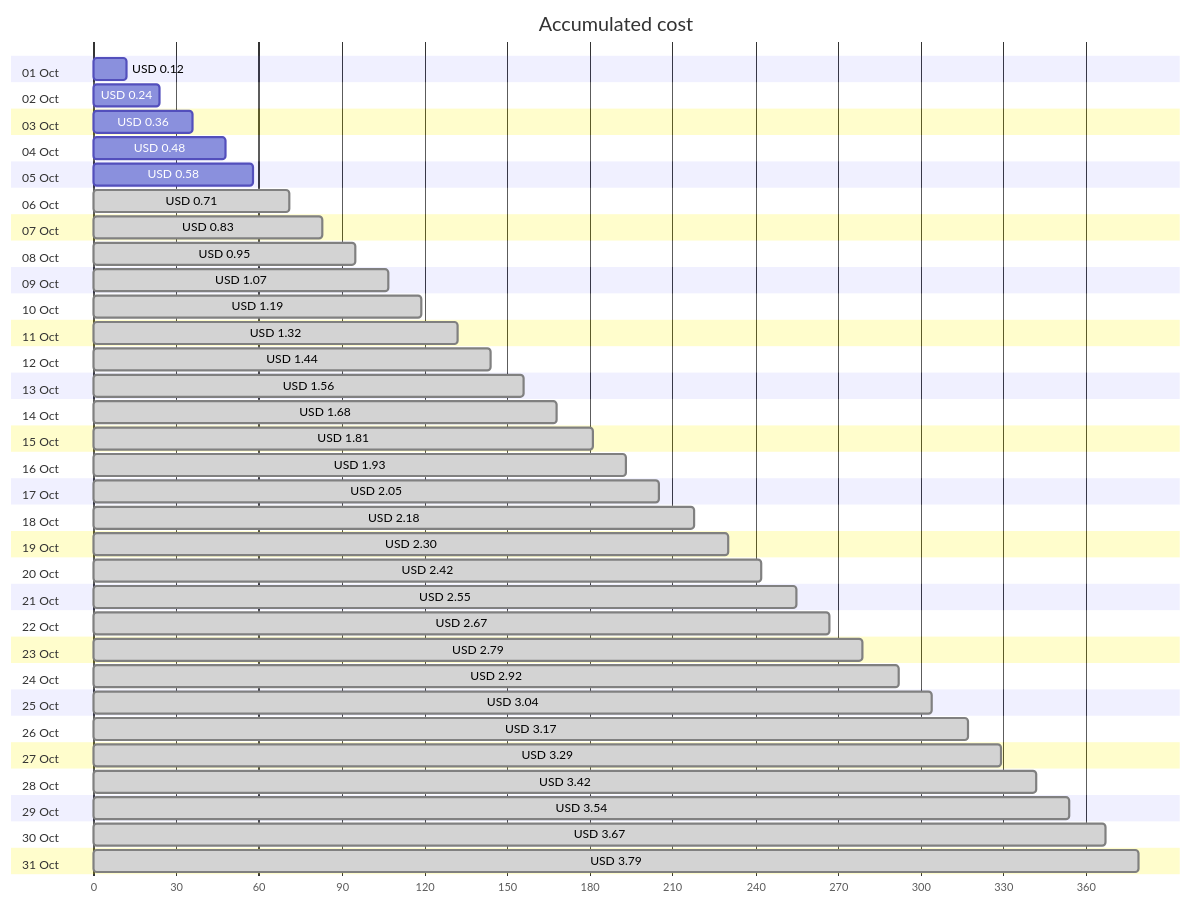
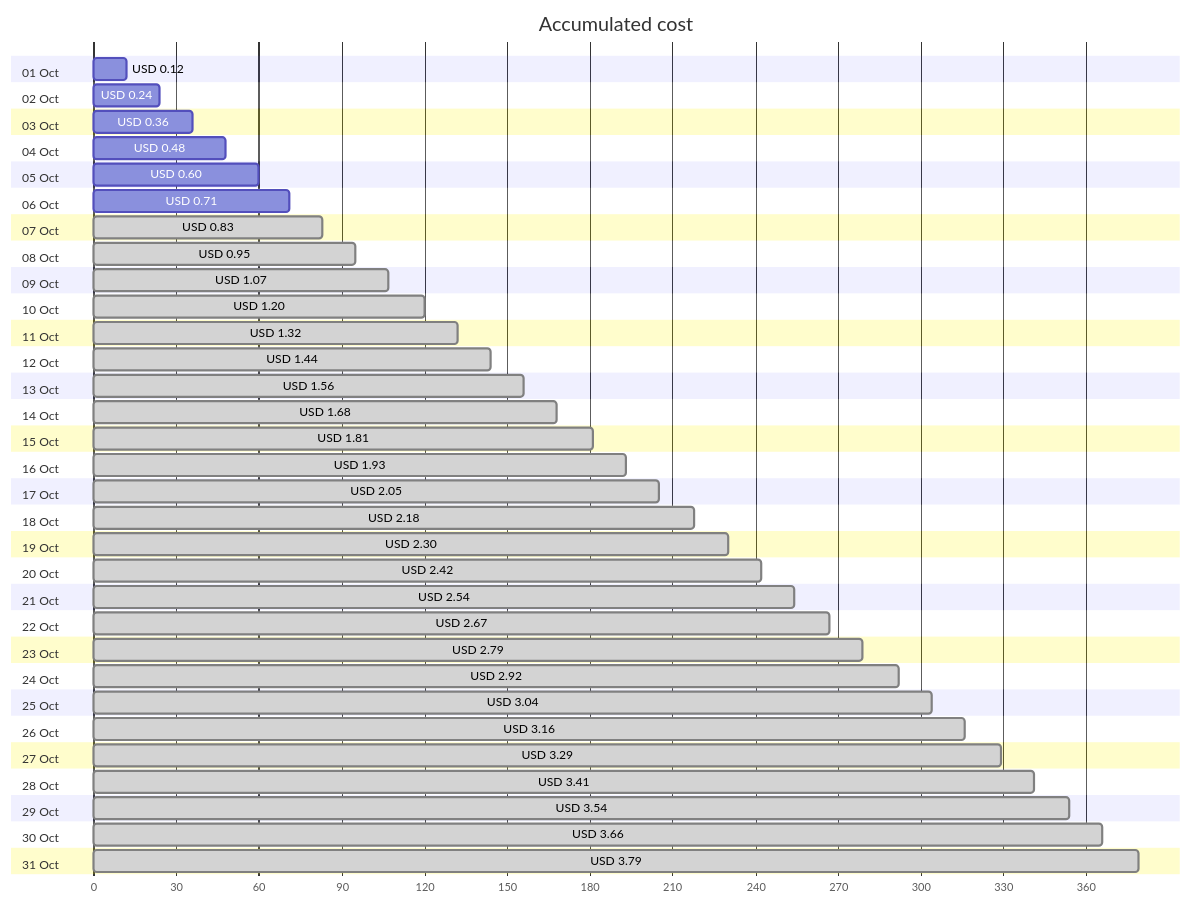
Before and after one commit to jpfulton/azure-personal-reports: the first of 4 diagrams in cost-reports/personal-network/backup-server-public-ip.md, drawn with Mermaid. The commit also changed other lines of this file and 8 other files, not shown here.

````diff
--- a/cost-reports/personal-network/backup-server-public-ip.md
+++ b/cost-reports/personal-network/backup-server-public-ip.md
@@ -20,68 +20,68 @@
 ```mermaid
 gantt
    title Accumulated cost
    dateFormat  X
    axisFormat %s
    section 01 Oct
    USD 0.12 :0, 12
    section 02 Oct
    USD 0.24 :0, 24
    section 03 Oct
    USD 0.36 :0, 36
    section 04 Oct
    USD 0.48 :0, 48
    section 05 Oct
-   USD 0.58 :0, 58
+   USD 0.60 :0, 60
    section 06 Oct
-   USD 0.71 : done, 0, 71
+   USD 0.71 :0, 71
    section 07 Oct
    USD 0.83 : done, 0, 83
    section 08 Oct
    USD 0.95 : done, 0, 95
    section 09 Oct
    USD 1.07 : done, 0, 107
    section 10 Oct
-   USD 1.19 : done, 0, 119
+   USD 1.20 : done, 0, 120
    section 11 Oct
    USD 1.32 : done, 0, 132
    section 12 Oct
    USD 1.44 : done, 0, 144
    section 13 Oct
    USD 1.56 : done, 0, 156
    section 14 Oct
    USD 1.68 : done, 0, 168
    section 15 Oct
    USD 1.81 : done, 0, 181
    section 16 Oct
    USD 1.93 : done, 0, 193
    section 17 Oct
    USD 2.05 : done, 0, 205
    section 18 Oct
    USD 2.18 : done, 0, 218
    section 19 Oct
    USD 2.30 : done, 0, 230
    section 20 Oct
    USD 2.42 : done, 0, 242
    section 21 Oct
-   USD 2.55 : done, 0, 255
+   USD 2.54 : done, 0, 254
    section 22 Oct
    USD 2.67 : done, 0, 267
    section 23 Oct
    USD 2.79 : done, 0, 279
    section 24 Oct
    USD 2.92 : done, 0, 292
    section 25 Oct
    USD 3.04 : done, 0, 304
    section 26 Oct
-   USD 3.17 : done, 0, 317
+   USD 3.16 : done, 0, 316
    section 27 Oct
    USD 3.29 : done, 0, 329
    section 28 Oct
-   USD 3.42 : done, 0, 342
+   USD 3.41 : done, 0, 341
    section 29 Oct
    USD 3.54 : done, 0, 354
    section 30 Oct
-   USD 3.67 : done, 0, 367
+   USD 3.66 : done, 0, 366
    section 31 Oct
    USD 3.79 : done, 0, 379
 ```
````
